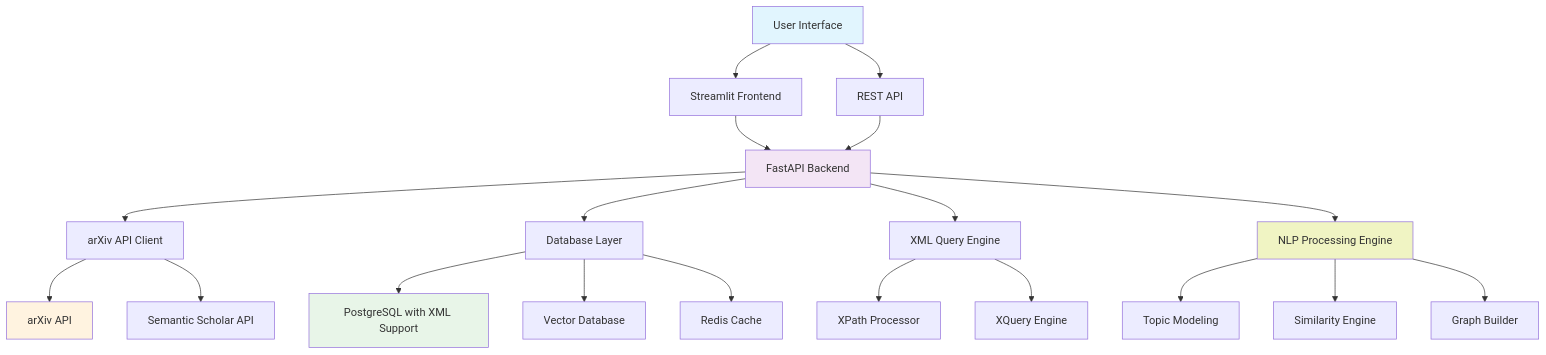
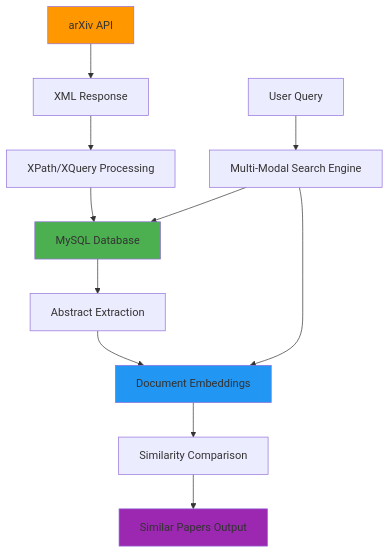
One commit to Viresh26/Text_Technology changed the diagram in README.md. Above: the diagram before and after it, drawn with Mermaid. The commit also changed other lines of this file, not shown here.

````diff
--- a/README.md
+++ b/README.md
@@ -50,33 +37,19 @@
 ```mermaid
 graph TD
-    A[User Interface] --> B[Streamlit Frontend]
-    A --> C[REST API]
+    A[arXiv API] --> B[XML Response]
+    B --> C[XPath/XQuery Processing]
+    C --> D[MySQL Database]
+    D --> E[Abstract Extraction]
+    E --> F[Document Embeddings]
+    F --> G[Similarity Comparison]
+    G --> H[Similar Papers Output]
     
-    B --> D[FastAPI Backend]
-    C --> D
+    I[User Query] --> J[Multi-Modal Search Engine]
+    J --> D
+    J --> F
     
-    D --> E[arXiv API Client]
-    D --> F[Database Layer]
-    D --> G[XML Query Engine]
-    D --> H[NLP Processing Engine]
-    
-    E --> I[arXiv API]
-    E --> J[Semantic Scholar API]
-    
-    F --> K[PostgreSQL with XML Support]
-    F --> L[Vector Database]
-    F --> M[Redis Cache]
-    
-    G --> N[XPath Processor]
-    G --> O[XQuery Engine]
-    
-    H --> P[Topic Modeling]
-    H --> Q[Similarity Engine]
-    H --> R[Graph Builder]
-    
-    style A fill:#e1f5fe
-    style D fill:#f3e5f5
-    style K fill:#e8f5e8
-    style I fill:#fff3e0
-    style H fill:#f0f4c3
+    style A fill:#ff9800
+    style D fill:#4caf50
+    style F fill:#2196f3
+    style H fill:#9c27b0
 ```
````
